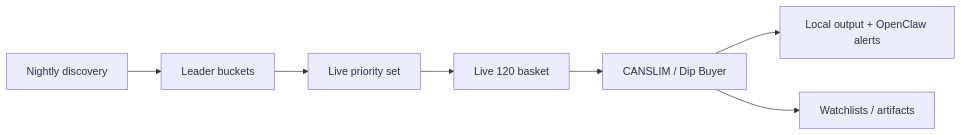
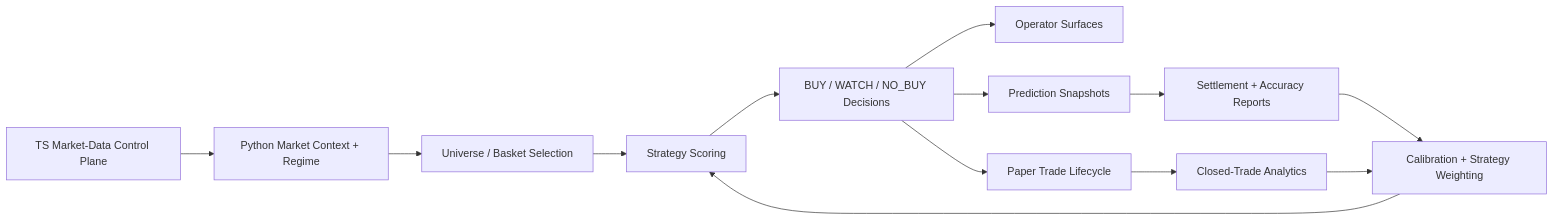
Before and after one commit to cortana-foundry/cortana-external: the diagram in backtester/docs/roadmap.md, drawn with Mermaid. The commit also changed other lines of this file, not shown here.

Commit message:
Expand backtester roadmap into master plan (#158)

````diff
--- a/backtester/docs/roadmap.md
+++ b/backtester/docs/roadmap.md
@@ -33,9 +324,15 @@
 ```mermaid
 flowchart LR
-    A["Nightly discovery"] --> B["Leader buckets"]
-    B --> C["Live priority set"]
-    C --> D["Live 120 basket"]
-    D --> E["CANSLIM / Dip Buyer"]
-    E --> F["Local output + OpenClaw alerts"]
-    E --> G["Watchlists / artifacts"]
+    A["TS Market-Data Control Plane"] --> B["Python Market Context + Regime"]
+    B --> C["Universe / Basket Selection"]
+    C --> D["Strategy Scoring"]
+    D --> E["BUY / WATCH / NO_BUY Decisions"]
+    E --> F["Operator Surfaces"]
+    E --> G["Prediction Snapshots"]
+    E --> H["Paper Trade Lifecycle"]
+    G --> I["Settlement + Accuracy Reports"]
+    H --> J["Closed-Trade Analytics"]
+    I --> K["Calibration + Strategy Weighting"]
+    J --> K
+    K --> D
 ```
````
